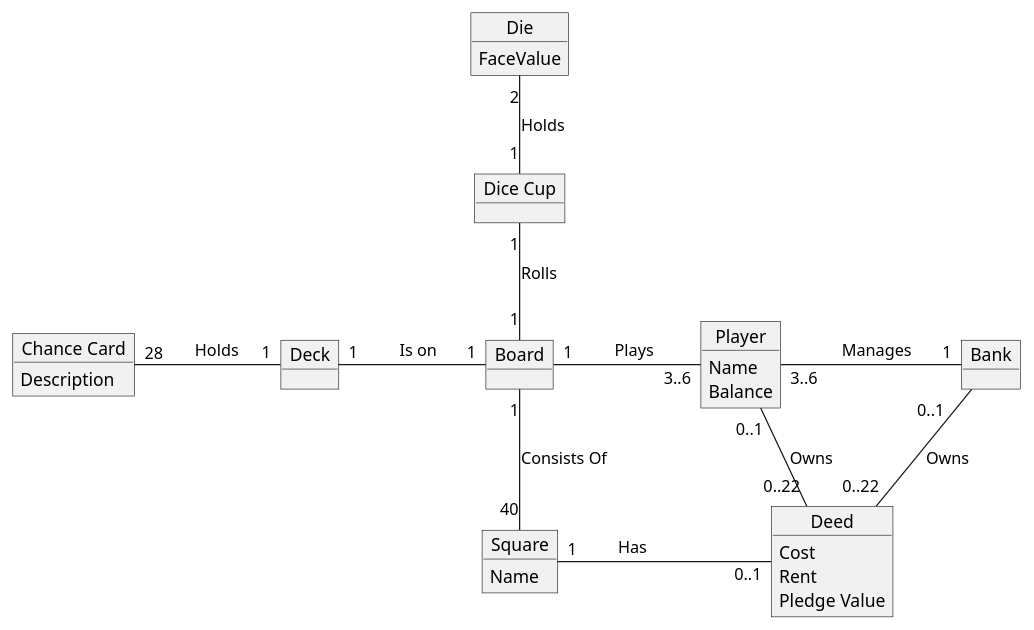
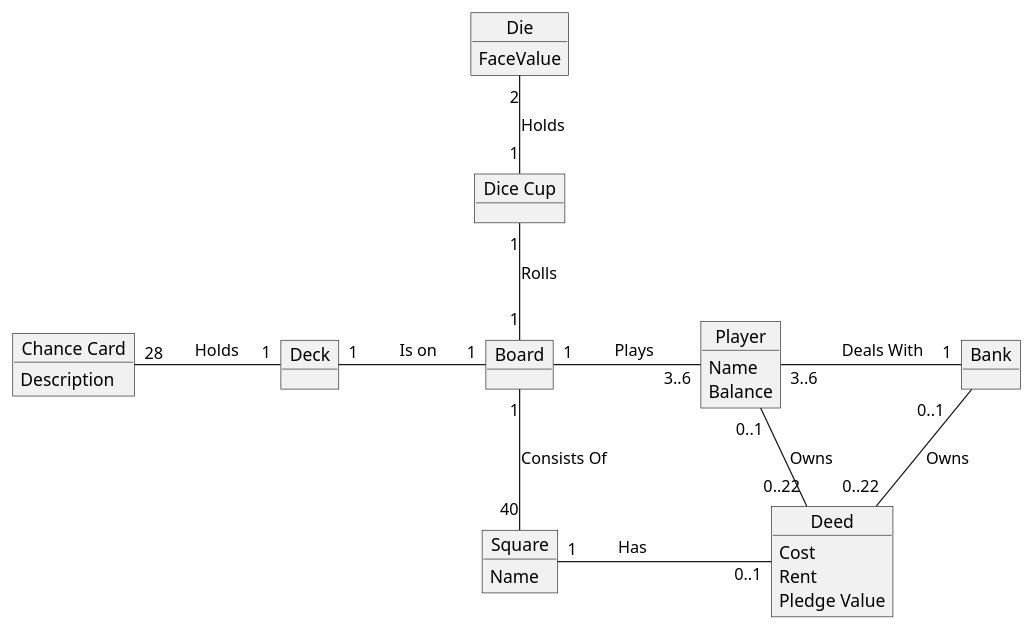
One commit to Greve2001/CDIO-final changed the diagram in diagrams/domain_model.puml. Above: the diagram before and after it, drawn with PlantUML.

Commit message:
updatede player to bank relation

```diff
--- a/diagrams/domain_model.puml
+++ b/diagrams/domain_model.puml
@@ -1,37 +1,37 @@
 @startuml
 
 object Board
 object Player
 object Die
 object "Dice Cup" as dicecup
 object Bank
 object "Chance Card" as chance
 object Deck
 object Square
 object Deed
 
 Die : FaceValue
 Player : Name
 Player : Balance
 chance : Description
 Deed : Cost
 Deed : Rent
 Deed : Pledge Value
 Square : Name
 
 Board "1" -r- "3..6" Player : \t Plays \t
-Player "3..6" -r- "1" Bank : \t Manages \t
+Player "3..6" -r- "1" Bank : \t Deals With \t
 
 Board "1" -u- "1" dicecup : Rolls
 dicecup "1" -u- "2" Die : Holds
 
 Deck "1" -l- "28" chance : \t Holds \t
 Board "1" -l- "1" Deck : \t Is on \t
 
 Board "1" -d- "40" Square : Consists Of\t
 
 Square "1" -r- "0..1" Deed : \t Has \t\t\t
 Bank "0..1    " -- "     0..22" Deed : Owns
 Player "0..1" -- "0..22" Deed : Owns
 
 @enduml
```
